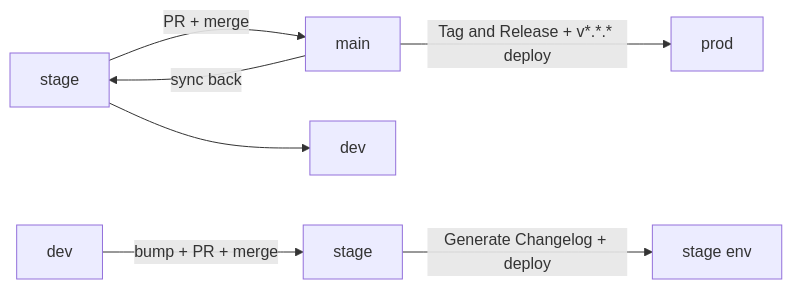
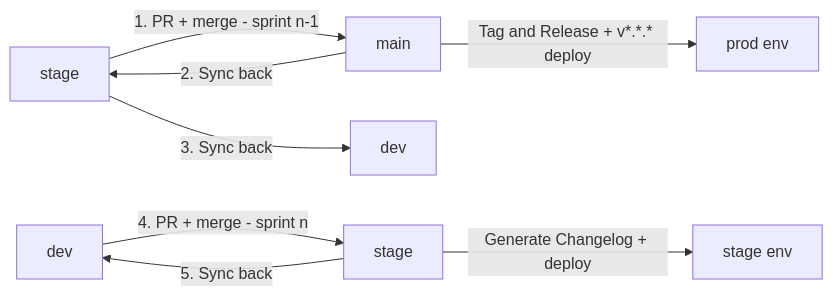
Before and after one commit to EPFL-ENAC/co2-calculator: the diagram in docs/src/architecture/release-runbook.md, drawn with Mermaid. The commit also changed other lines of this file, not shown here.

Commit message:
chore(docs): updated release instructions

````diff
--- a/docs/src/architecture/release-runbook.md
+++ b/docs/src/architecture/release-runbook.md
@@ -13,8 +13,9 @@
 ```mermaid
 graph LR
-    S1[stage] -->|PR + merge| M[main]
-    M -->|Tag and Release + v*.*.* deploy| P[prod]
-    M -->|sync back| S1 --> D[dev]
-    D2[dev] -->|bump + PR + merge| S2[stage]
+    S1[stage] -->|1. PR + merge - sprint n-1| M[main]
+    M -->|Tag and Release + v*.*.* deploy| P[prod env]
+    M -->|2. Sync back| S1 -->|3. Sync back| D[dev]
+    D2[dev] -->|4. PR + merge - sprint n| S2[stage]
     S2 -->|Generate Changelog + deploy| E[stage env]
+    S2 -->|5. Sync back| D2
 ```
````
